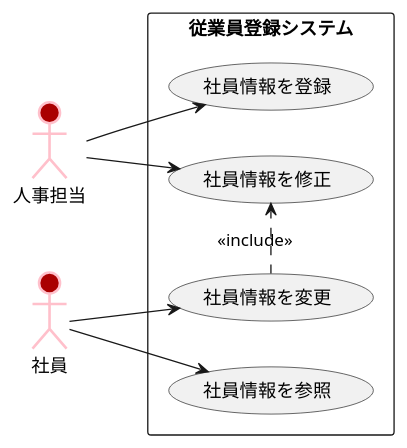
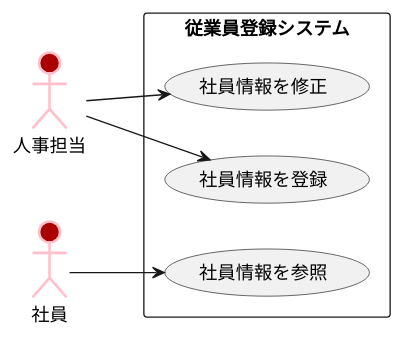
One commit to isio2/uml-introduction changed the diagram in 演習2-6_盛岡システム_従業員登録システム.pu. Above: the diagram before and after it, drawn with PlantUML.

Commit message:
変更

```diff
--- a/演習2-6_盛岡システム_従業員登録システム.pu
+++ b/演習2-6_盛岡システム_従業員登録システム.pu
@@ -1,16 +1,13 @@
 @startuml ユースケース図
 left to right direction
 actor 社員 #AA0000;line:Pink;line.bold;
 actor 人事担当 #AA0000;line:Pink;line.bold;
 rectangle 従業員登録システム{
 usecase 社員情報を登録
 usecase 社員情報を参照
-usecase 社員情報を変更
 usecase 社員情報を修正
 }
 人事担当->社員情報を登録
 人事担当-->社員情報を修正
 社員-->社員情報を参照
-社員-->社員情報を変更
-社員情報を変更.>社員情報を修正:<<include>>
 @enduml
```
